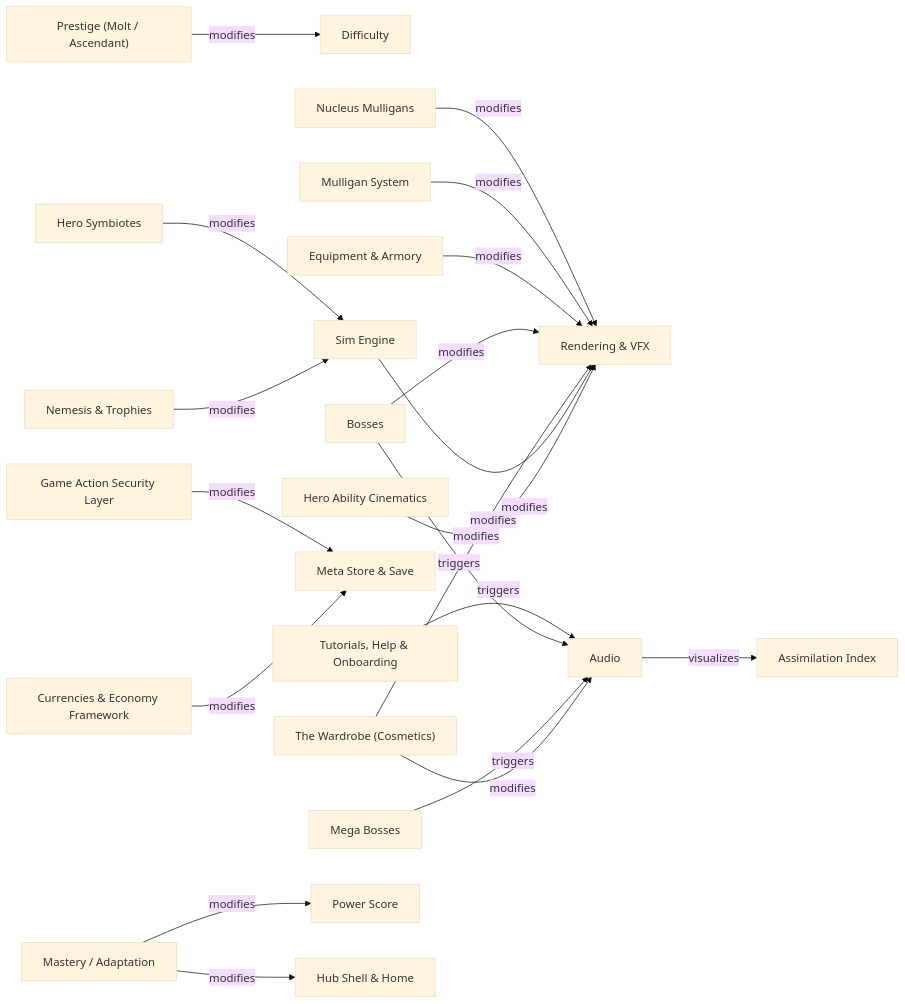
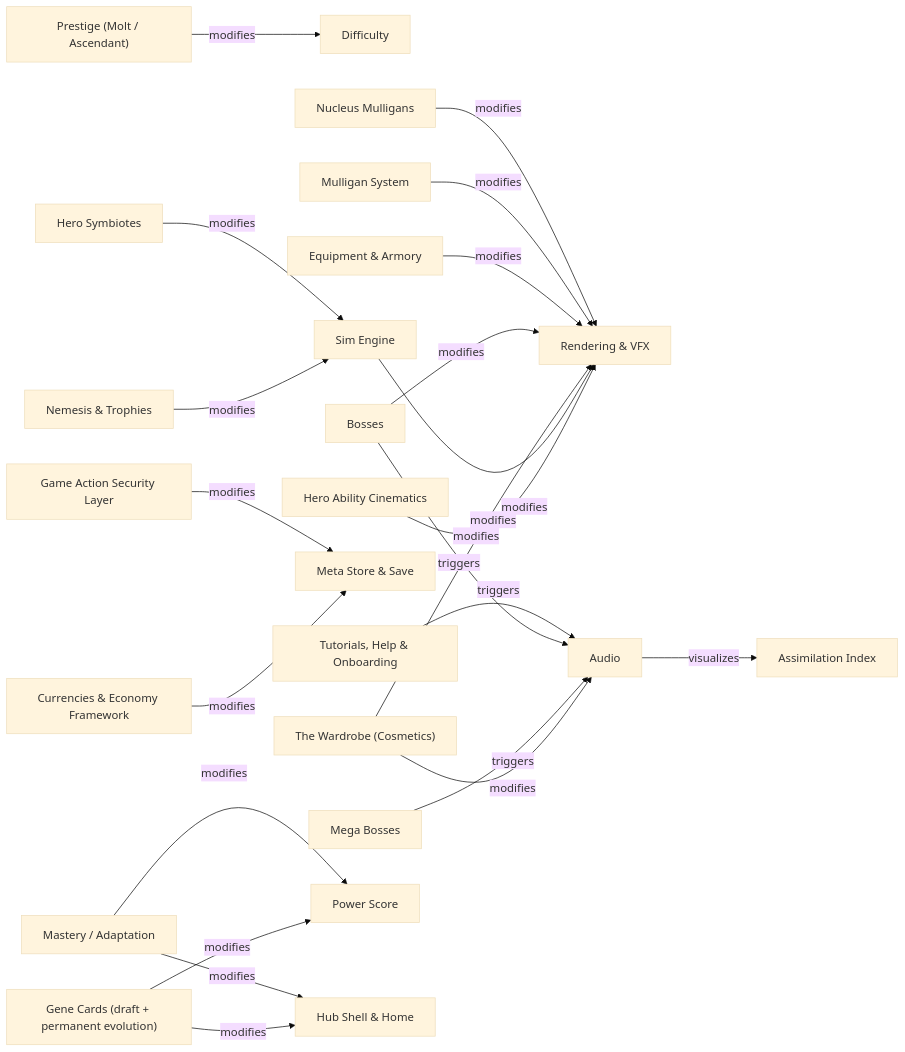
One commit to jathanalston-ship-it/TowerDefenseGame changed the fourth of 4 diagrams in docs/DIL_GRAPH.md. Above: the diagram before and after it, drawn with Mermaid (base theme). The commit also changed other lines of this file and 16 other files, not shown here.

````diff
--- a/docs/DIL_GRAPH.md
+++ b/docs/DIL_GRAPH.md
@@ -489,22 +490,24 @@
 ```mermaid
 graph LR
   system_prestige["Prestige (Molt / Ascendant)"] -->|modifies| system_difficulty["Difficulty"]
   system_nucleus["Nucleus Mulligans"] -->|modifies| system_rendering["Rendering & VFX"]
   system_audio["Audio"] -->|visualizes| system_assimilation["Assimilation Index"]
   system_mulligans["Mulligan System"] -->|modifies| system_rendering["Rendering & VFX"]
   system_equipment["Equipment & Armory"] -->|modifies| system_rendering["Rendering & VFX"]
   system_onboarding["Tutorials, Help & Onboarding"] -->|triggers| system_audio["Audio"]
   system_bosses["Bosses"] -->|triggers| system_audio["Audio"]
   system_bosses["Bosses"] -->|modifies| system_rendering["Rendering & VFX"]
   system_mega_bosses["Mega Bosses"] -->|triggers| system_audio["Audio"]
   system_security["Game Action Security Layer"] -->|modifies| system_meta_store["Meta Store & Save"]
   system_cosmetics["The Wardrobe (Cosmetics)"] -->|modifies| system_audio["Audio"]
   system_cosmetics["The Wardrobe (Cosmetics)"] -->|modifies| system_rendering["Rendering & VFX"]
   system_currencies["Currencies & Economy Framework"] -->|modifies| system_meta_store["Meta Store & Save"]
   system_hero_symbiotes["Hero Symbiotes"] -->|modifies| system_engine["Sim Engine"]
   system_engine["Sim Engine"] -->|modifies| system_rendering["Rendering & VFX"]
   system_hero_cinematics["Hero Ability Cinematics"] -->|modifies| system_rendering["Rendering & VFX"]
   system_nemesis["Nemesis & Trophies"] -->|modifies| system_engine["Sim Engine"]
   system_mastery["Mastery / Adaptation"] -->|modifies| concept_power_score["Power Score"]
   system_mastery["Mastery / Adaptation"] -->|modifies| system_hub_shell["Hub Shell & Home"]
+  system_gene_cards["Gene Cards (draft + permanent evolution)"] -->|modifies| concept_power_score["Power Score"]
+  system_gene_cards["Gene Cards (draft + permanent evolution)"] -->|modifies| system_hub_shell["Hub Shell & Home"]
 ```
````
